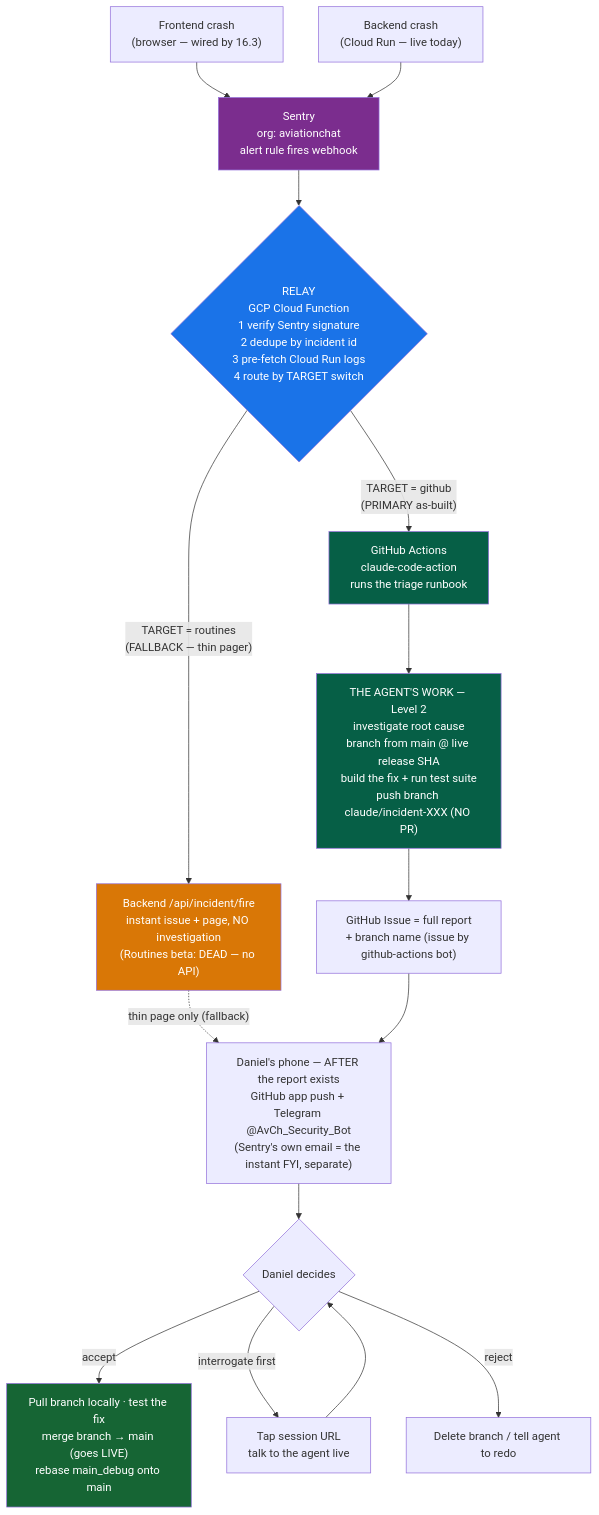
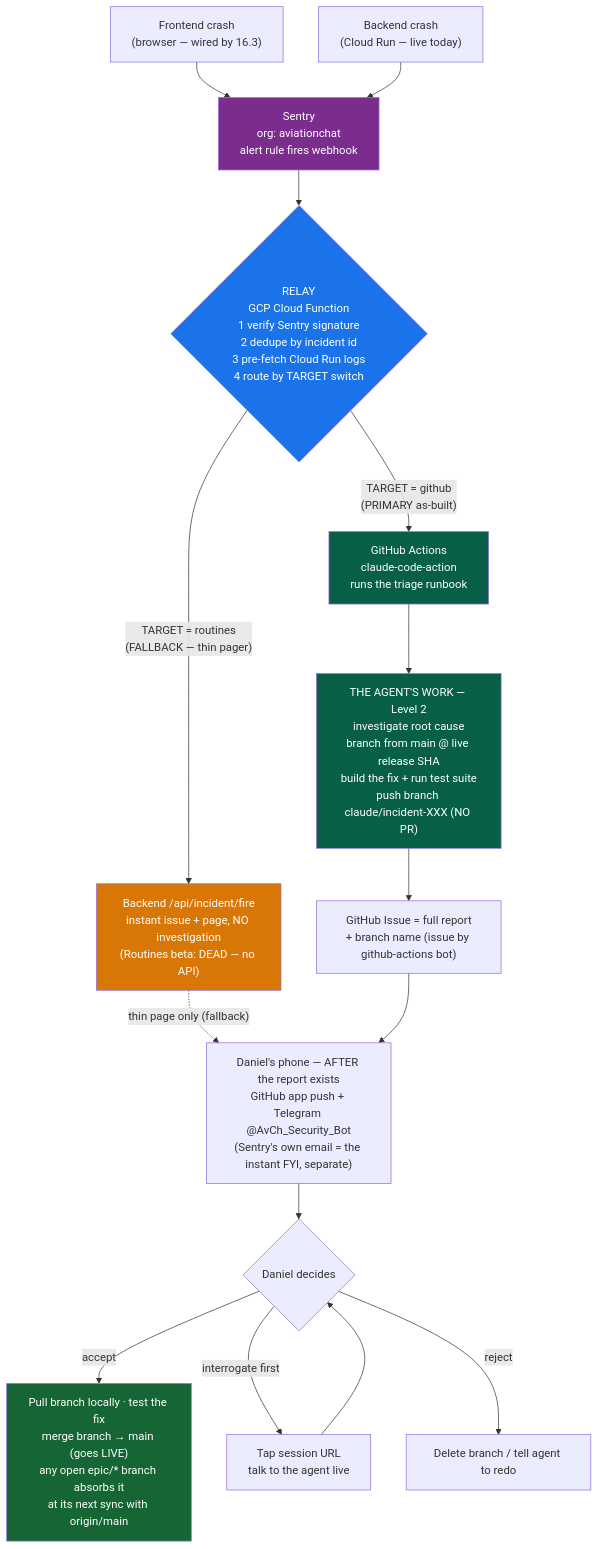
Before and after one commit to sudomadhatter/Sudo_Hatter_Command: the first of 4 diagrams in _my_resources/diagrams_guides/security/sentry_error_response_team.md, drawn with Mermaid. The commit also changed other lines of this file and 101 other files, not shown here.

First line of the commit message:
feat(git)!: retire main_debug — epic-branch → main is the dev standard

````diff
--- a/_my_resources/diagrams_guides/security/sentry_error_response_team.md
+++ b/_my_resources/diagrams_guides/security/sentry_error_response_team.md
@@ -48,30 +48,30 @@
 ```mermaid
 flowchart TD
     FE["Frontend crash<br/>(browser — wired by 16.3)"] --> SENTRY
     BE["Backend crash<br/>(Cloud Run — live today)"] --> SENTRY
     SENTRY["Sentry<br/>org: aviationchat<br/>alert rule fires webhook"] --> RELAY
 
     RELAY{"RELAY<br/>GCP Cloud Function<br/>1 verify Sentry signature<br/>2 dedupe by incident id<br/>3 pre-fetch Cloud Run logs<br/>4 route by TARGET switch"}
 
     RELAY -- "TARGET = github<br/>(PRIMARY as-built)" --> GHA["GitHub Actions<br/>claude-code-action<br/>runs the triage runbook"]
     RELAY -- "TARGET = routines<br/>(FALLBACK — thin pager)" --> FIRE["Backend /api/incident/fire<br/>instant issue + page, NO investigation<br/>(Routines beta: DEAD — no API)"]
 
     GHA --> WORK
     FIRE -. "thin page only (fallback)" .-> PHONE
 
     WORK["THE AGENT'S WORK — Level 2<br/>investigate root cause<br/>branch from main @ live release SHA<br/>build the fix + run test suite<br/>push branch claude/incident-XXX (NO PR)"]
 
     WORK --> ISSUE["GitHub Issue = full report<br/>+ branch name (issue by github-actions bot)"]
     ISSUE --> PHONE["Daniel's phone — AFTER the report exists<br/>GitHub app push + Telegram @AvCh_Security_Bot<br/>(Sentry's own email = the instant FYI, separate)"]
     PHONE --> DECIDE{"Daniel decides"}
-    DECIDE -- "accept" --> LOCAL["Pull branch locally · test the fix<br/>merge branch → main (goes LIVE)<br/>rebase main_debug onto main"]
+    DECIDE -- "accept" --> LOCAL["Pull branch locally · test the fix<br/>merge branch → main (goes LIVE)<br/>any open epic/* branch absorbs it<br/>at its next sync with origin/main"]
     DECIDE -- "interrogate first" --> CHAT["Tap session URL<br/>talk to the agent live"] --> DECIDE
     DECIDE -- "reject" --> CLOSE["Delete branch / tell agent to redo"]
 
     style SENTRY fill:#7b2d8e,color:#fff
     style RELAY fill:#1a73e8,color:#fff
     style FIRE fill:#d97706,color:#fff
     style GHA fill:#065f46,color:#fff
     style WORK fill:#065f46,color:#fff
     style LOCAL fill:#166534,color:#fff
 ```
````
